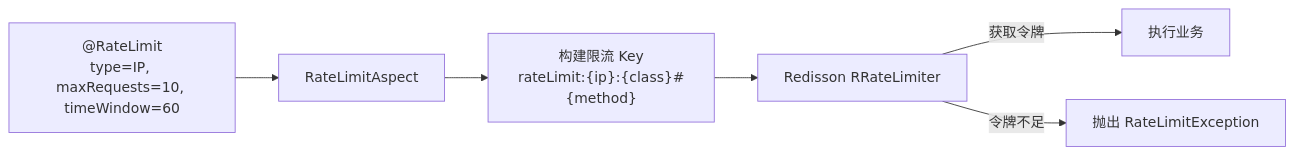
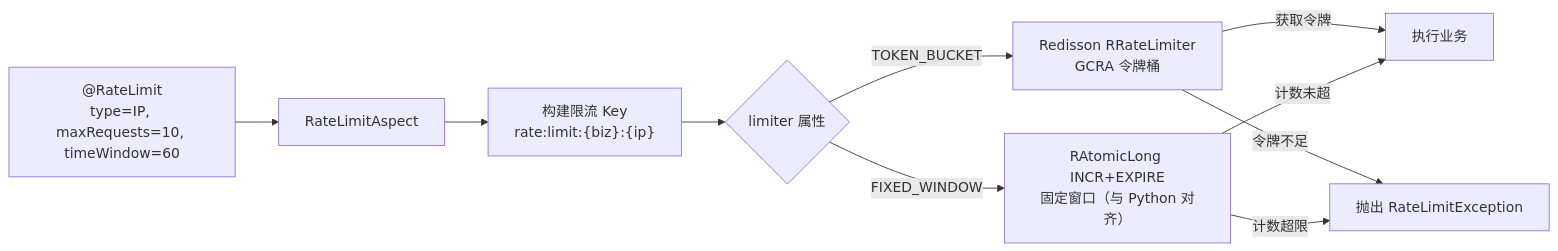
Before and after one commit to earthy-zinc/dehaze-system: diagram 13 of 15 in dehaze-doc/docs/04-项目实现/后端/01-Java架构文档.md, drawn with Mermaid. The commit also changed other lines of this file and 9 other files, not shown here.

````diff
--- a/dehaze-doc/docs/04-项目实现/后端/01-Java架构文档.md
+++ b/dehaze-doc/docs/04-项目实现/后端/01-Java架构文档.md
@@ -863,8 +863,12 @@
 ```mermaid
 flowchart LR
     A["@RateLimit<br/>type=IP, maxRequests=10, timeWindow=60"] --> B["RateLimitAspect"]
-    B --> C["构建限流 Key<br/>rateLimit:{ip}:{class}#{method}"]
-    C --> D["Redisson RRateLimiter"]
-    D -->|获取令牌| E["执行业务"]
-    D -->|令牌不足| F["抛出 RateLimitException"]
+    B --> C["构建限流 Key<br/>rate:limit:{biz}:{ip}"]
+    C --> D{"limiter 属性"}
+    D -->|TOKEN_BUCKET| E["Redisson RRateLimiter<br/>GCRA 令牌桶"]
+    D -->|FIXED_WINDOW| F["RAtomicLong INCR+EXPIRE<br/>固定窗口（与 Python 对齐）"]
+    E -->|获取令牌| G["执行业务"]
+    E -->|令牌不足| H["抛出 RateLimitException"]
+    F -->|计数未超| G
+    F -->|计数超限| H
 ```
````
